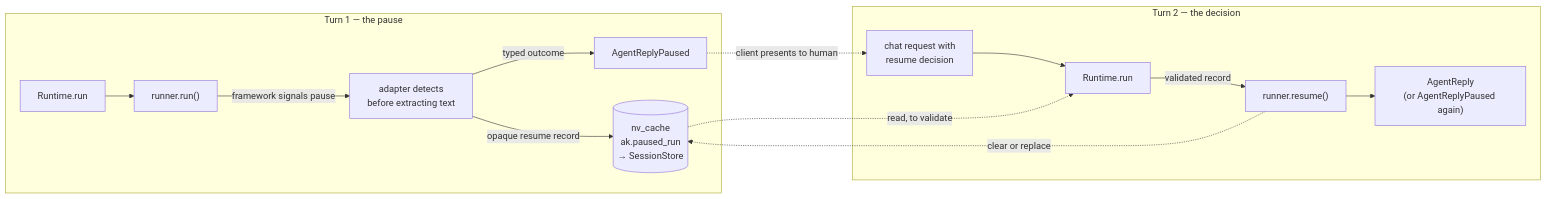
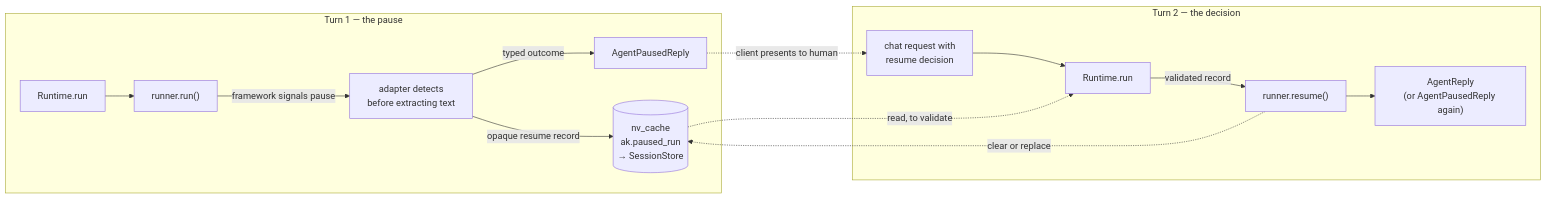
One commit to yaalalabs/agent-kernel changed the diagram in docs/specs/606-human-in-the-loop/design.md. Above: the diagram before and after it, drawn with Mermaid. The commit also changed other lines of this file and 1 other file, not shown here.

````diff
--- a/docs/specs/606-human-in-the-loop/design.md
+++ b/docs/specs/606-human-in-the-loop/design.md
@@ -67,19 +73,19 @@
 ```mermaid
 graph LR
     subgraph Turn1["Turn 1 — the pause"]
         R1["Runtime.run"] --> RUN["runner.run()"]
         RUN -->|framework signals pause| DET["adapter detects<br/>before extracting text"]
         DET -->|opaque resume record| SESS[("nv_cache<br/>ak.paused_run<br/>→ SessionStore")]
-        DET -->|typed outcome| REPLY["AgentReplyPaused"]
+        DET -->|typed outcome| REPLY["AgentPausedReply"]
     end
 
     subgraph Turn2["Turn 2 — the decision"]
         REQ["chat request with<br/>resume decision"] --> R2["Runtime.run"]
         SESS -.->|read, to validate| R2
         R2 -->|validated record| RES["runner.resume()"]
         RES -.->|clear or replace| SESS
-        RES --> OUT["AgentReply<br/>(or AgentReplyPaused again)"]
+        RES --> OUT["AgentReply<br/>(or AgentPausedReply again)"]
     end
 
     REPLY -.->|client presents to human| REQ
 ```
````
